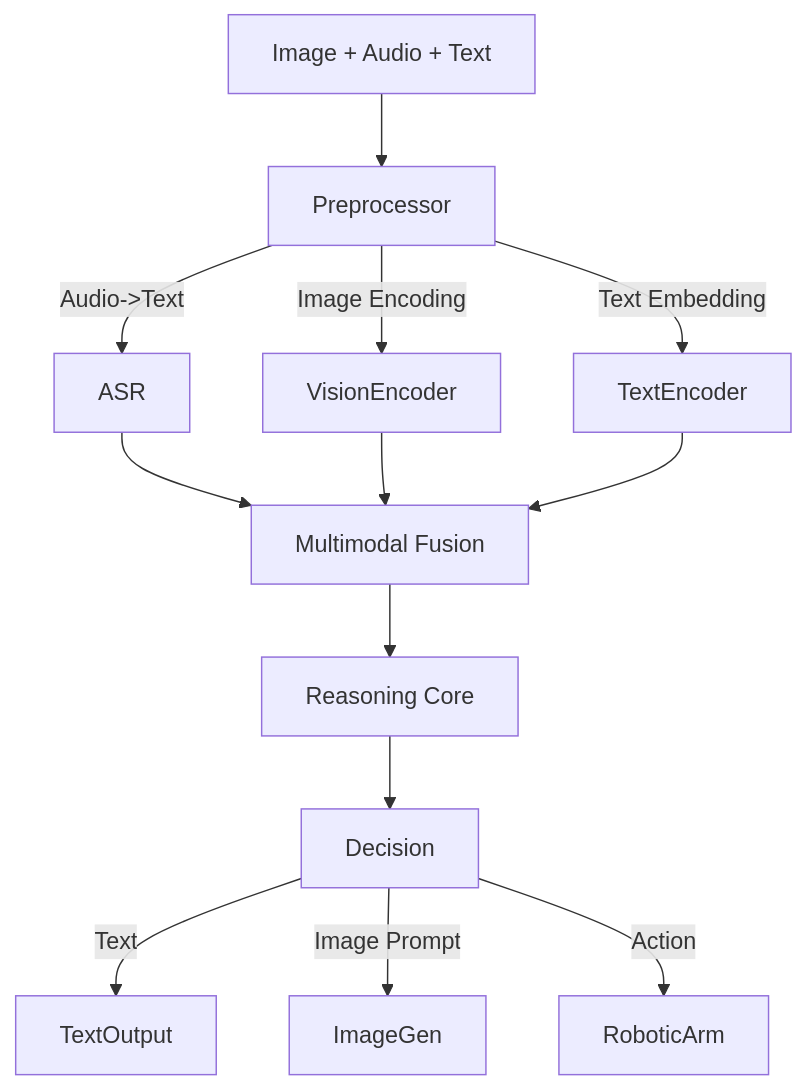
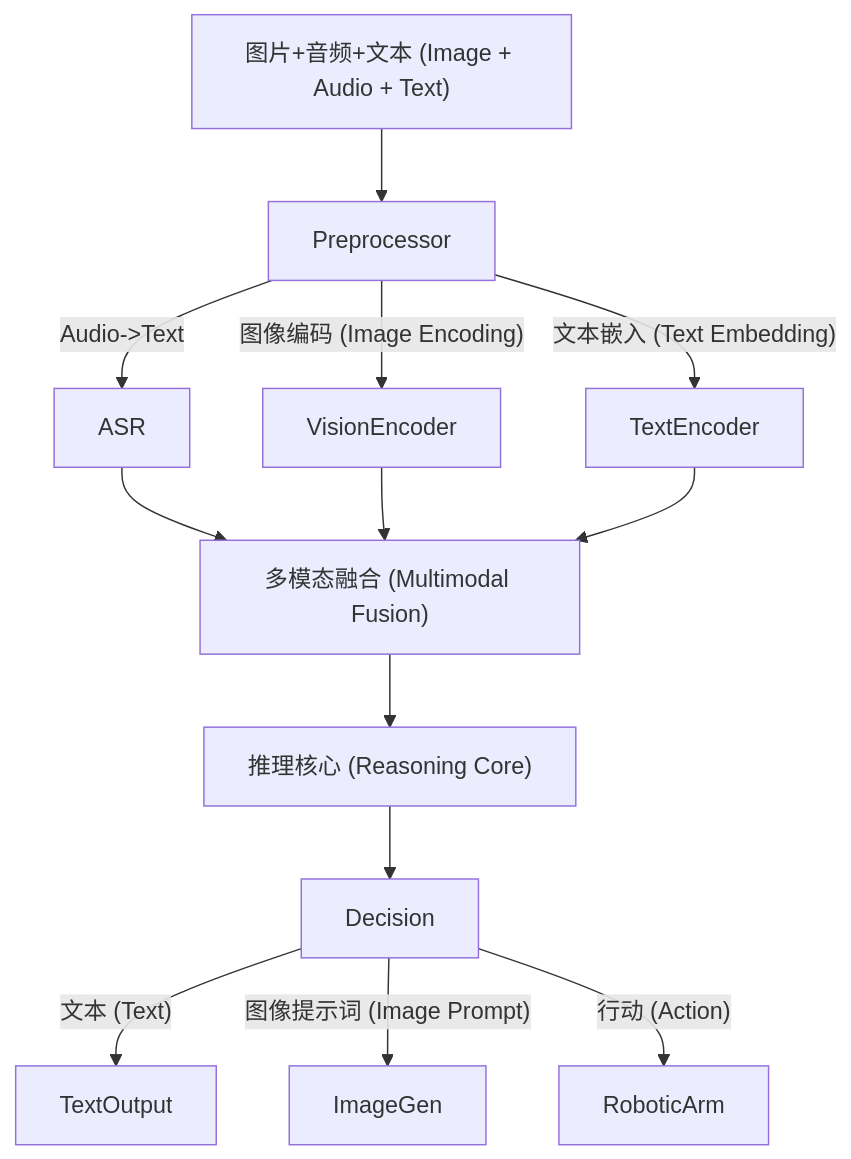
One commit to yeasy/agentic_ai_guide changed the diagram in 04_tools/4.6_multimodal.md. Above: the diagram before and after it, drawn with Mermaid. The commit also changed other lines of this file and 75 other files, not shown here.

````diff
--- a/04_tools/4.6_multimodal.md
+++ b/04_tools/4.6_multimodal.md
@@ -81,15 +81,15 @@
 ```mermaid
 graph TD
-    UserInput["Image + Audio + Text"] --> Preprocessor
+    UserInput["图片+音频+文本 (Image + Audio + Text)"] --> Preprocessor
     Preprocessor -->|"Audio->Text"| ASR
-    Preprocessor -->|"Image Encoding"| VisionEncoder
-    Preprocessor -->|"Text Embedding"| TextEncoder
+    Preprocessor -->|"图像编码 (Image Encoding)"| VisionEncoder
+    Preprocessor -->|"文本嵌入 (Text Embedding)"| TextEncoder
     
-    ASR & VisionEncoder & TextEncoder --> FusionLayer["Multimodal Fusion"]
-    FusionLayer --> LLM["Reasoning Core"]
+    ASR & VisionEncoder & TextEncoder --> FusionLayer["多模态融合 (Multimodal Fusion)"]
+    FusionLayer --> LLM["推理核心 (Reasoning Core)"]
     
     LLM --> Decision
-    Decision -->|"Text"| TextOutput
-    Decision -->|"Image Prompt"| ImageGen
-    Decision -->|"Action"| RoboticArm
+    Decision -->|"文本 (Text)"| TextOutput
+    Decision -->|"图像提示词 (Image Prompt)"| ImageGen
+    Decision -->|"行动 (Action)"| RoboticArm
 ```
````
